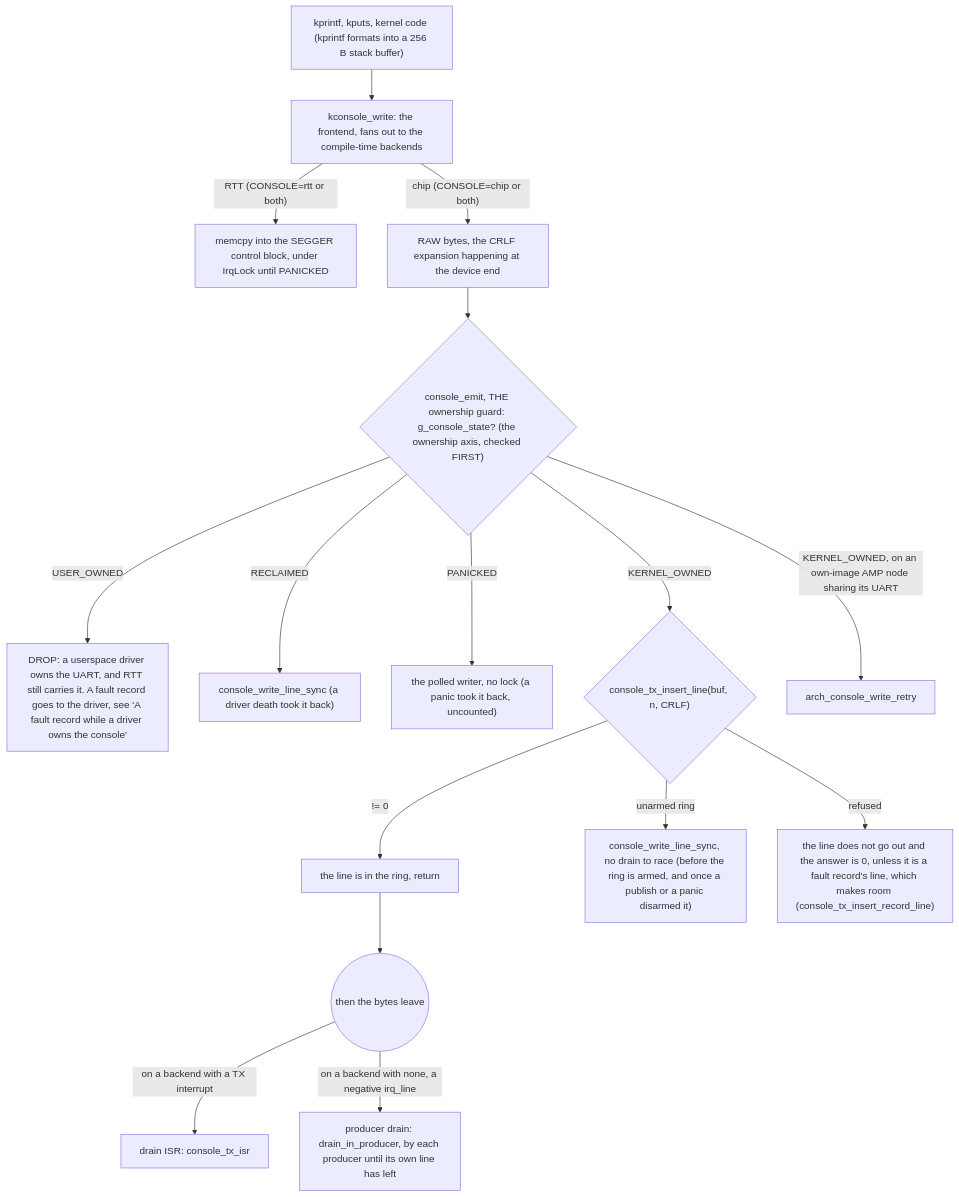
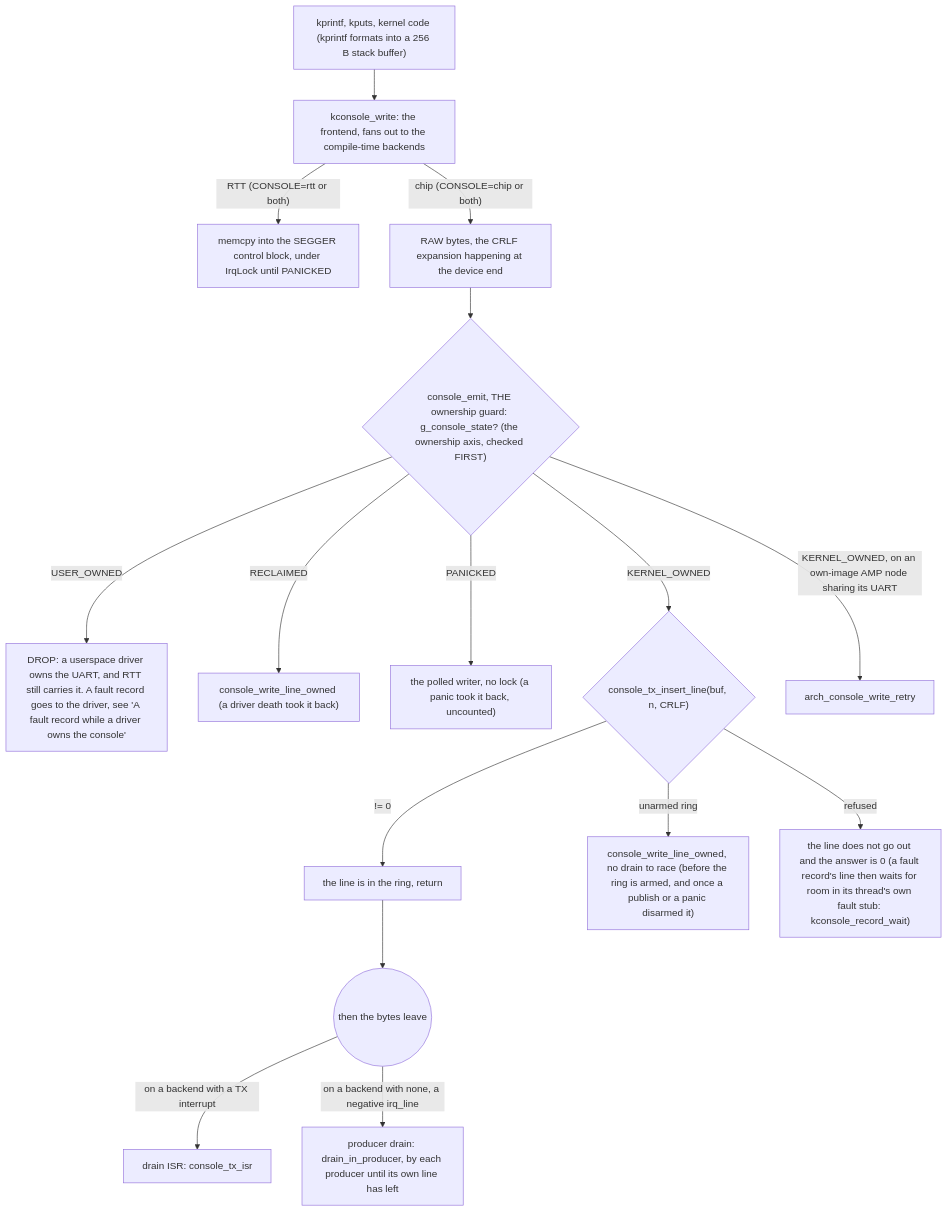
One commit to leducp/KickOS changed the diagram in docs/reference/console.md. Above: the diagram before and after it, drawn with Mermaid. The commit also changed other lines of this file and 1094 other files, not shown here.

First line of the commit message:
Run each task as its own image, isolated like a process on every region board

````diff
--- a/docs/reference/console.md
+++ b/docs/reference/console.md
@@ -25,19 +25,19 @@
 ```mermaid
 flowchart TD
     src["kprintf, kputs, kernel code (kprintf formats into a 256 B stack buffer)"]
     src --> kw["kconsole_write: the frontend, fans out to the compile-time backends"]
     kw -->|"RTT (CONSOLE=rtt or both)"| rtt["memcpy into the SEGGER control block, under IrqLock until PANICKED"]
     kw -->|"chip (CONSOLE=chip or both)"| chip["RAW bytes, the CRLF expansion happening at the device end"]
     chip --> emit{"console_emit, THE ownership guard: g_console_state? (the ownership axis, checked FIRST)"}
     emit -->|USER_OWNED| drop["DROP: a userspace driver owns the UART, and RTT still carries it. A fault record goes to the driver, see 'A fault record while a driver owns the console'"]
-    emit -->|RECLAIMED| sync["console_write_line_sync (a driver death took it back)"]
+    emit -->|RECLAIMED| sync["console_write_line_owned (a driver death took it back)"]
     emit -->|PANICKED| polled["the polled writer, no lock (a panic took it back, uncounted)"]
     emit -->|KERNEL_OWNED| ins{"console_tx_insert_line(buf, n, CRLF)"}
     emit -->|"KERNEL_OWNED, on an own-image AMP node sharing its UART"| retry["arch_console_write_retry"]
     ins -->|"!= 0"| ring["the line is in the ring, return"]
-    ins -->|unarmed ring| unarmed["console_write_line_sync, no drain to race (before the ring is armed, and once a publish or a panic disarmed it)"]
-    ins -->|refused| refused["the line does not go out and the answer is 0, unless it is a fault record's line, which makes room (console_tx_insert_record_line)"]
+    ins -->|unarmed ring| unarmed["console_write_line_owned, no drain to race (before the ring is armed, and once a publish or a panic disarmed it)"]
+    ins -->|refused| refused["the line does not go out and the answer is 0 (a fault record's line then waits for room in its thread's own fault stub: kconsole_record_wait)"]
     ring --> leave(("then the bytes leave"))
     leave -->|on a backend with a TX interrupt| isr["drain ISR: console_tx_isr"]
     leave -->|on a backend with none, a negative irq_line| prod["producer drain: drain_in_producer, by each producer until its own line has left"]
 ```
````
